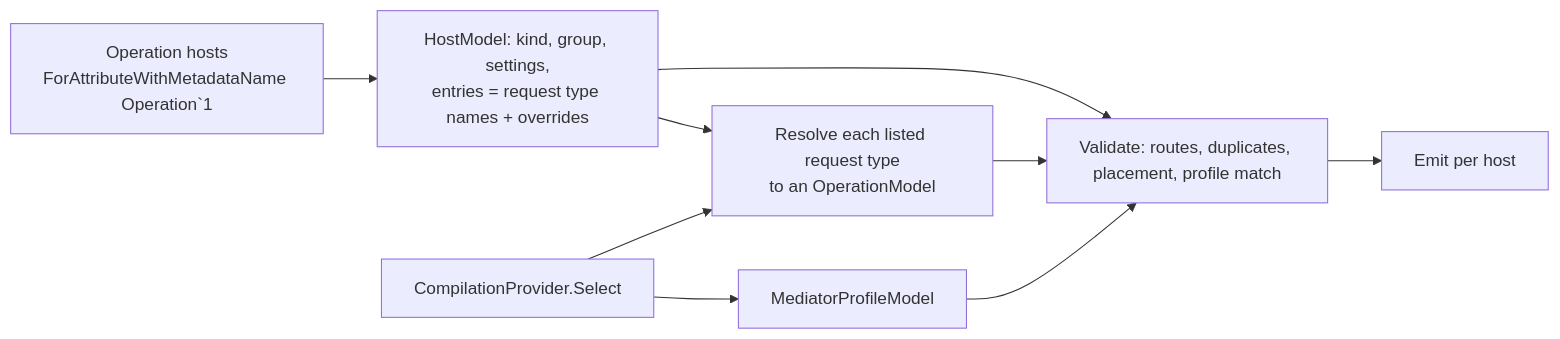
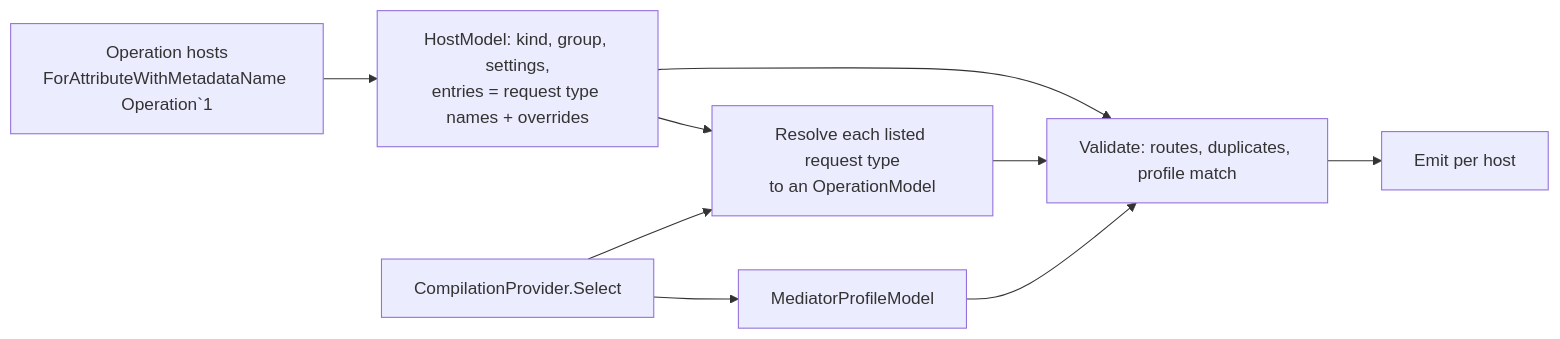
One commit to RocketSurgeonsGuild/LaunchPad changed the diagram in docs/design/api-generators-plan.md. Above: the diagram before and after it, drawn with Mermaid. The commit also changed other lines of this file and 328 other files, not shown here.

````diff
--- a/docs/design/api-generators-plan.md
+++ b/docs/design/api-generators-plan.md
@@ -300,8 +290,8 @@
 ```mermaid
 flowchart LR
   H[Operation hosts<br/>ForAttributeWithMetadataName Operation`1] --> HM[HostModel: kind, group, settings,<br/>entries = request type names + overrides]
   C[CompilationProvider.Select] --> P[MediatorProfileModel]
   HM & C --> O[Resolve each listed request type<br/>to an OperationModel]
-  O & P & HM --> V[Validate: routes, duplicates, placement, profile match]
+  O & P & HM --> V[Validate: routes, duplicates, profile match]
   V --> E[Emit per host]
 ```
````
